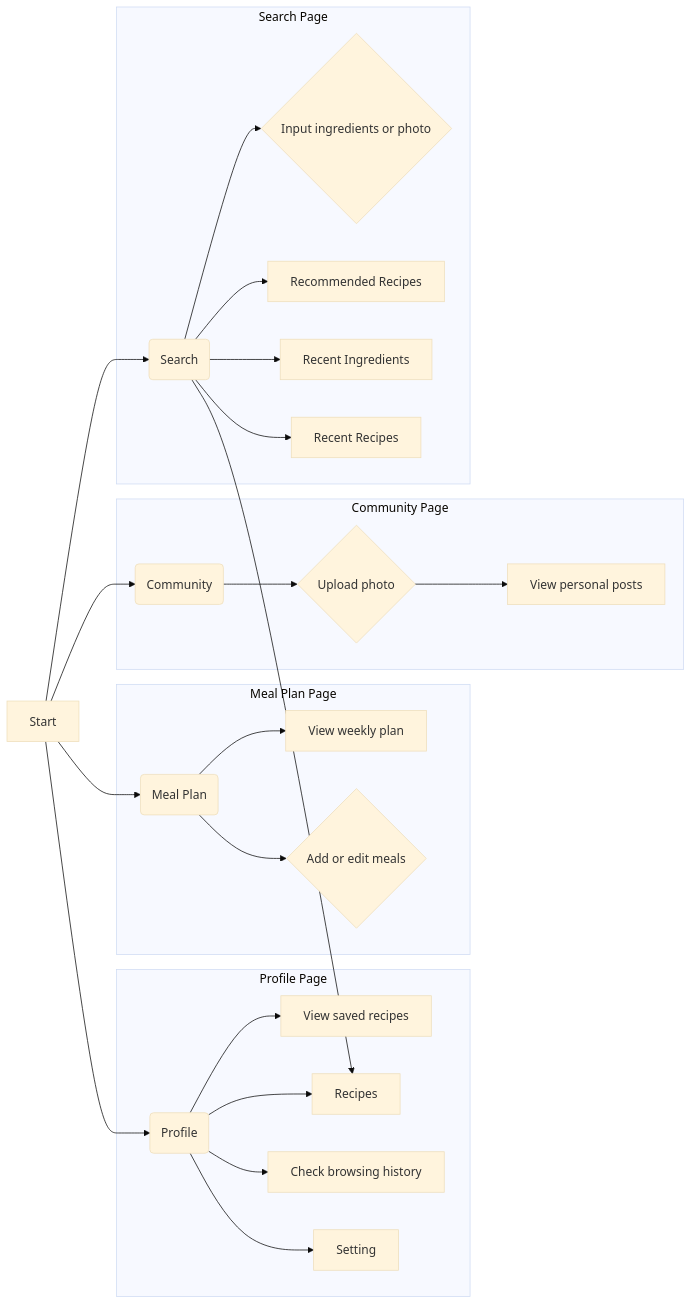
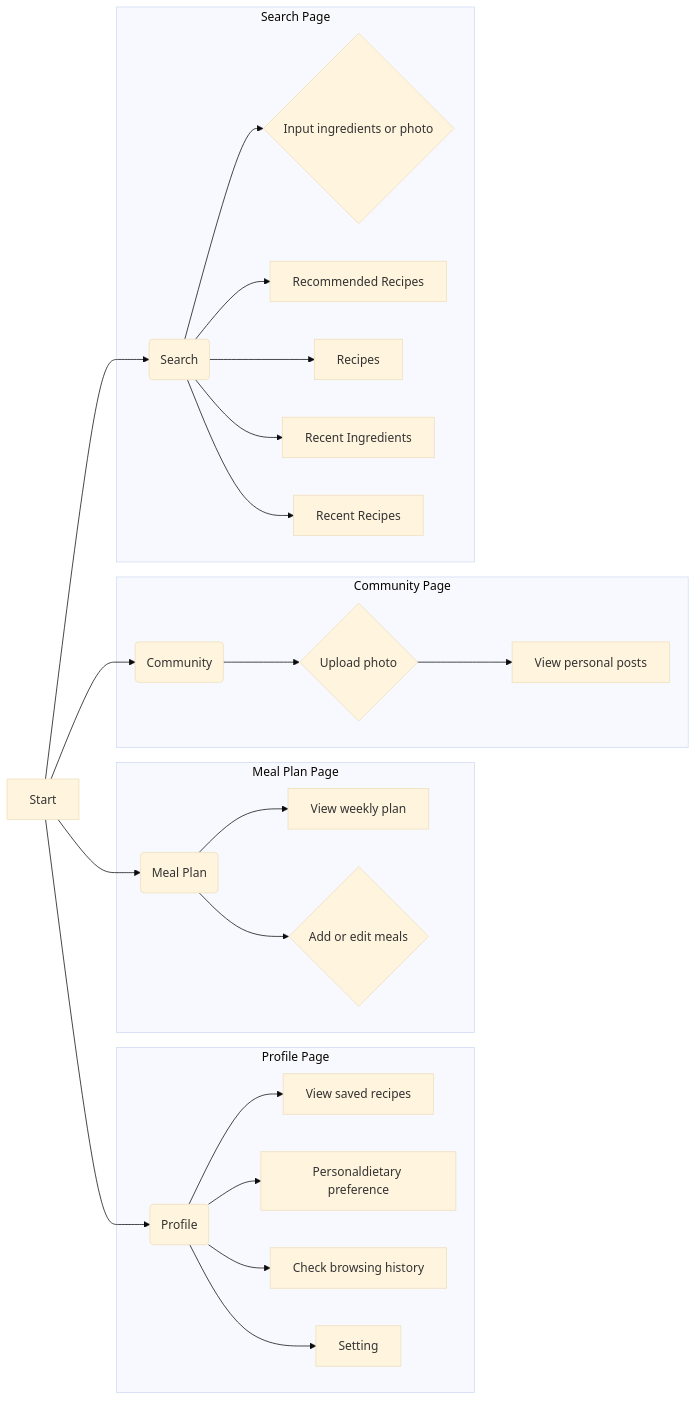
Before and after one commit to seven8301/iodraw-files: the diagram in all/未命名-2.md, drawn with Mermaid (base theme).

Commit message:
2025-04-09 20:35:55 update

````diff
--- a/all/未命名-2.md
+++ b/all/未命名-2.md
@@ -1,32 +1,32 @@
 ```mermaid
 graph LR
     A[Start] --> B(Search);
     A --> C(Community);
     A --> D(Meal Plan);
     A --> E(Profile);
 
     
     subgraph "Profile Page"
         E --> L[View saved recipes];
         E --> Q[Personaldietary preference];
         E --> M[Check browsing history];
         E --> P[Setting];
 
         
     end
       subgraph "Meal Plan Page"
         D --> J[View weekly plan];
         D --> K{Add or edit meals};
     end
      subgraph "Community Page"
         C --> H{Upload photo};
         H --> I[View personal posts];
     end
     subgraph "Search Page"
         B --> F{Input ingredients or photo};
         B --> G[Recommended Recipes];
-        B --> Q[Recipes];
+        B --> R[Recipes];
         B --> N[Recent Ingredients];
         B --> O[Recent Recipes];
     end
 ```
````
